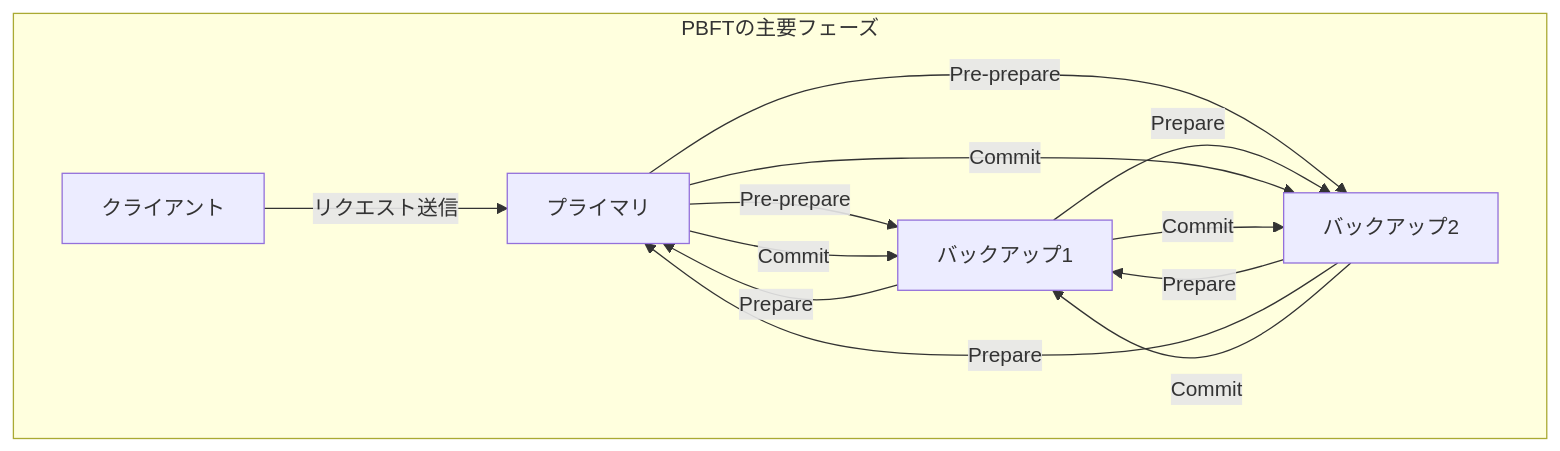
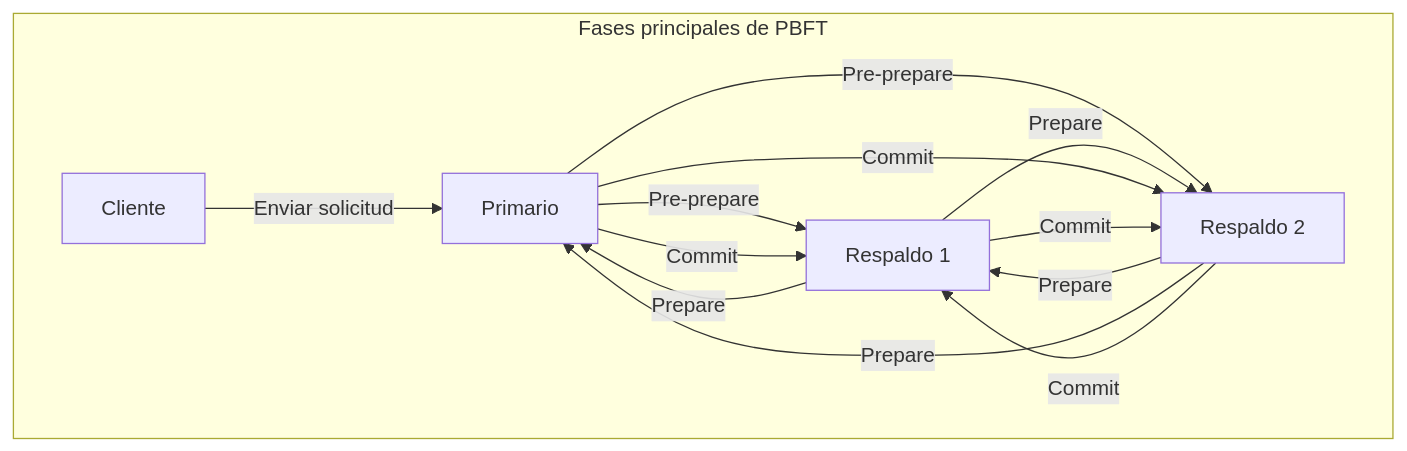
One commit to kenjinote/blog changed the fourth of 4 diagrams in content/post/byzantine-generals-problem/index.es.md. Above: the diagram before and after it, drawn with Mermaid. The commit also changed other lines of this file and 28 other files, not shown here.

Commit message:
Translate Japanese text inside Mermaid diagrams to respective languages

````diff
--- a/content/post/byzantine-generals-problem/index.es.md
+++ b/content/post/byzantine-generals-problem/index.es.md
@@ -131,16 +131,16 @@
 ```mermaid
 graph TD
-subgraph "PBFTの主要フェーズ"
-    C["クライアント"] -->|"リクエスト送信"| P["プライマリ"]
-    P -->|"Pre-prepare"| B1["バックアップ1"]
-    P -->|"Pre-prepare"| B2["バックアップ2"]
+subgraph "Fases principales de PBFT"
+    C["Cliente"] -->|"Enviar solicitud"| P["Primario"]
+    P -->|"Pre-prepare"| B1["Respaldo 1"]
+    P -->|"Pre-prepare"| B2["Respaldo 2"]
     B1 -->|"Prepare"| B2
     B2 -->|"Prepare"| B1
     B1 -->|"Prepare"| P
     B2 -->|"Prepare"| P
     P -->|"Commit"| B1
     P -->|"Commit"| B2
     B1 -->|"Commit"| B2
     B2 -->|"Commit"| B1
 end
 ```
````
